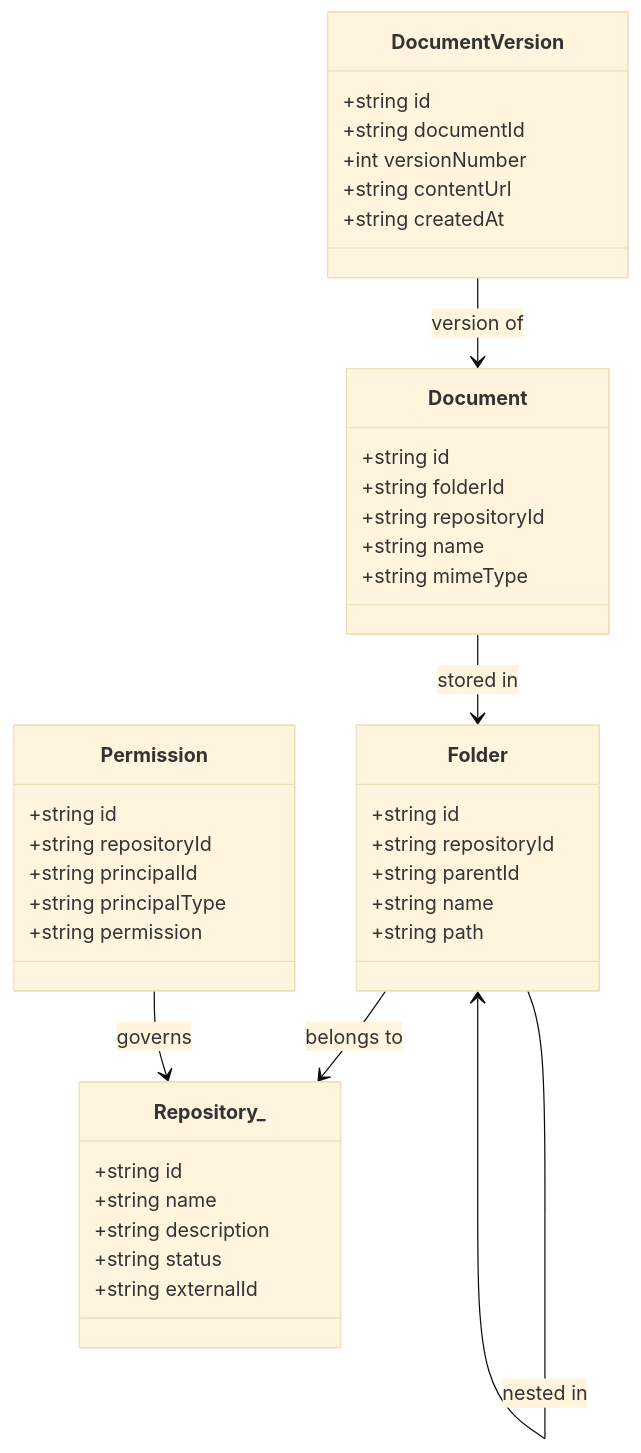
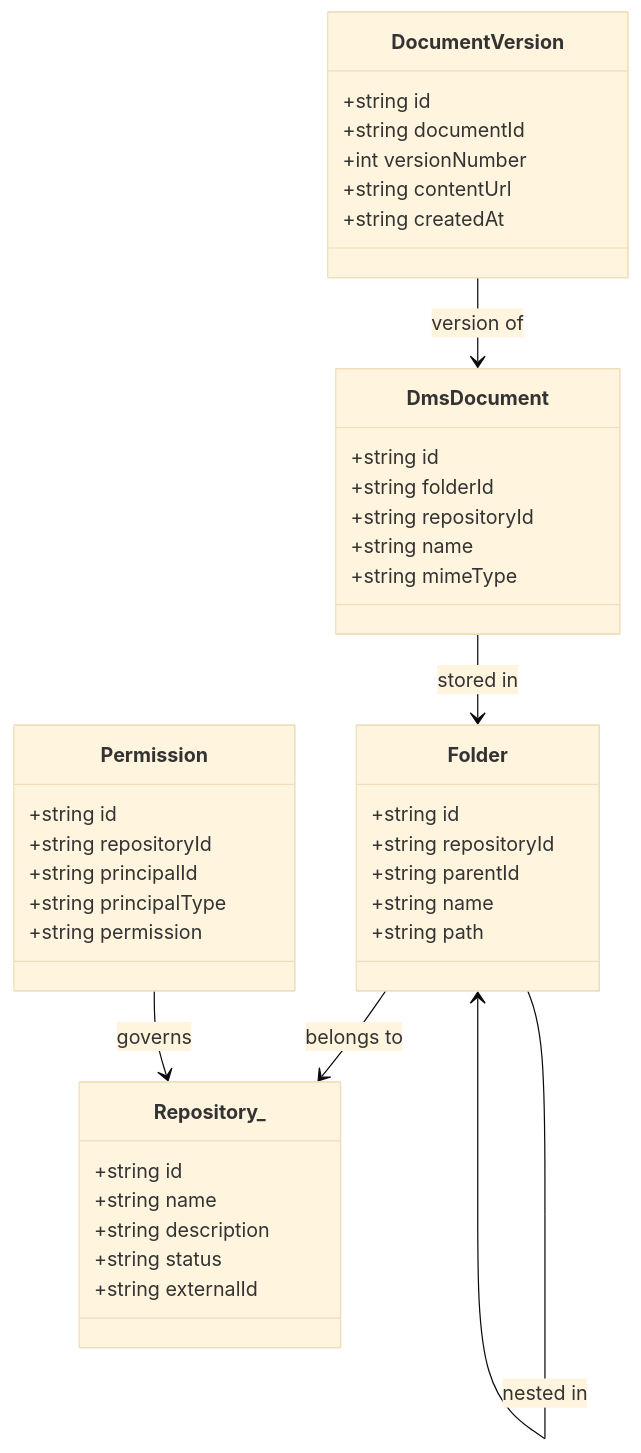
One commit to UIMSolutions/uim-platform changed the first of 3 diagrams in dms-integration/UML.md. Above: the diagram before and after it, drawn with Mermaid (base theme). The commit also changed other lines of this file and 69 other files, not shown here.

````diff
--- a/dms-integration/UML.md
+++ b/dms-integration/UML.md
@@ -10,44 +10,44 @@
 ```mermaid
 classDiagram
     class Repository_ {
         +string id
         +string name
         +string description
         +string status
         +string externalId
     }
     class Folder {
         +string id
         +string repositoryId
         +string parentId
         +string name
         +string path
     }
-    class Document {
+    class DmsDocument {
         +string id
         +string folderId
         +string repositoryId
         +string name
         +string mimeType
     }
     class DocumentVersion {
         +string id
         +string documentId
         +int versionNumber
         +string contentUrl
         +string createdAt
     }
     class Permission {
         +string id
         +string repositoryId
         +string principalId
         +string principalType
         +string permission
     }
 
     Folder --> Repository_ : belongs to
     Folder --> Folder : nested in
-    Document --> Folder : stored in
-    DocumentVersion --> Document : version of
+    DmsDocument --> Folder : stored in
+    DocumentVersion --> DmsDocument : version of
     Permission --> Repository_ : governs
 ```
````
